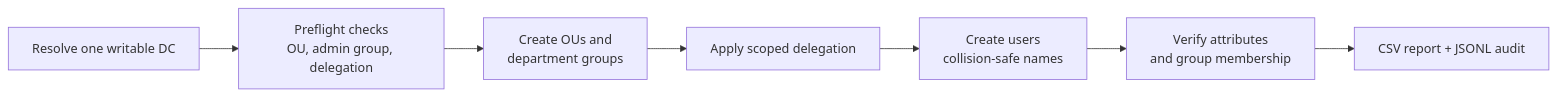
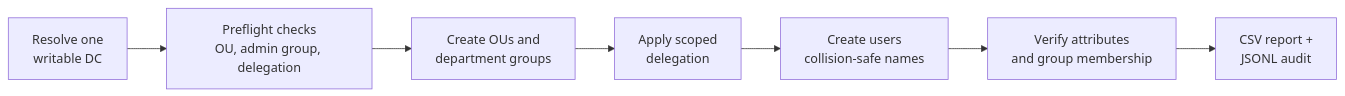
Before and after one commit to Bigsnack7/AD_PS-automation: the second of 2 diagrams in README.md, drawn with Mermaid. The commit also changed other lines of this file, not shown here.

````diff
--- a/README.md
+++ b/README.md
@@ -88,9 +105,9 @@
 ```mermaid
 flowchart LR
-    A[Resolve one writable DC] --> B[Preflight checks<br/>OU, admin group, delegation]
-    B --> C[Create OUs and<br/>department groups]
-    C --> D[Apply scoped delegation]
-    D --> E[Create users<br/>collision-safe names]
-    E --> F[Verify attributes<br/>and group membership]
-    F --> G[CSV report + JSONL audit]
+    A["Resolve one<br/>writable DC"] --> B["Preflight checks<br/>OU, admin group, delegation"]
+    B --> C["Create OUs and<br/>department groups"]
+    C --> D["Apply scoped<br/>delegation"]
+    D --> E["Create users<br/>collision-safe names"]
+    E --> F["Verify attributes<br/>and group membership"]
+    F --> G["CSV report +<br/>JSONL audit"]
 ```
````
